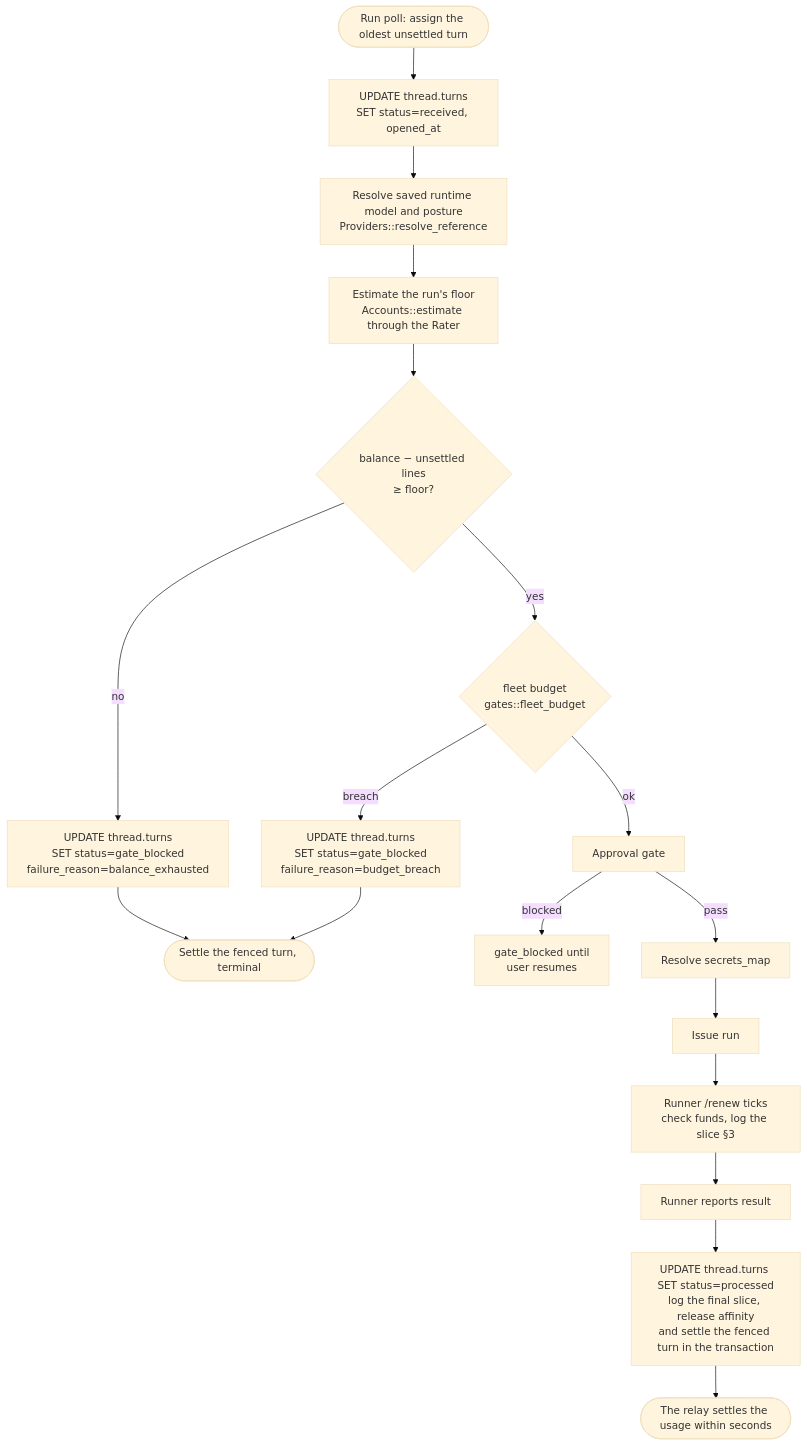
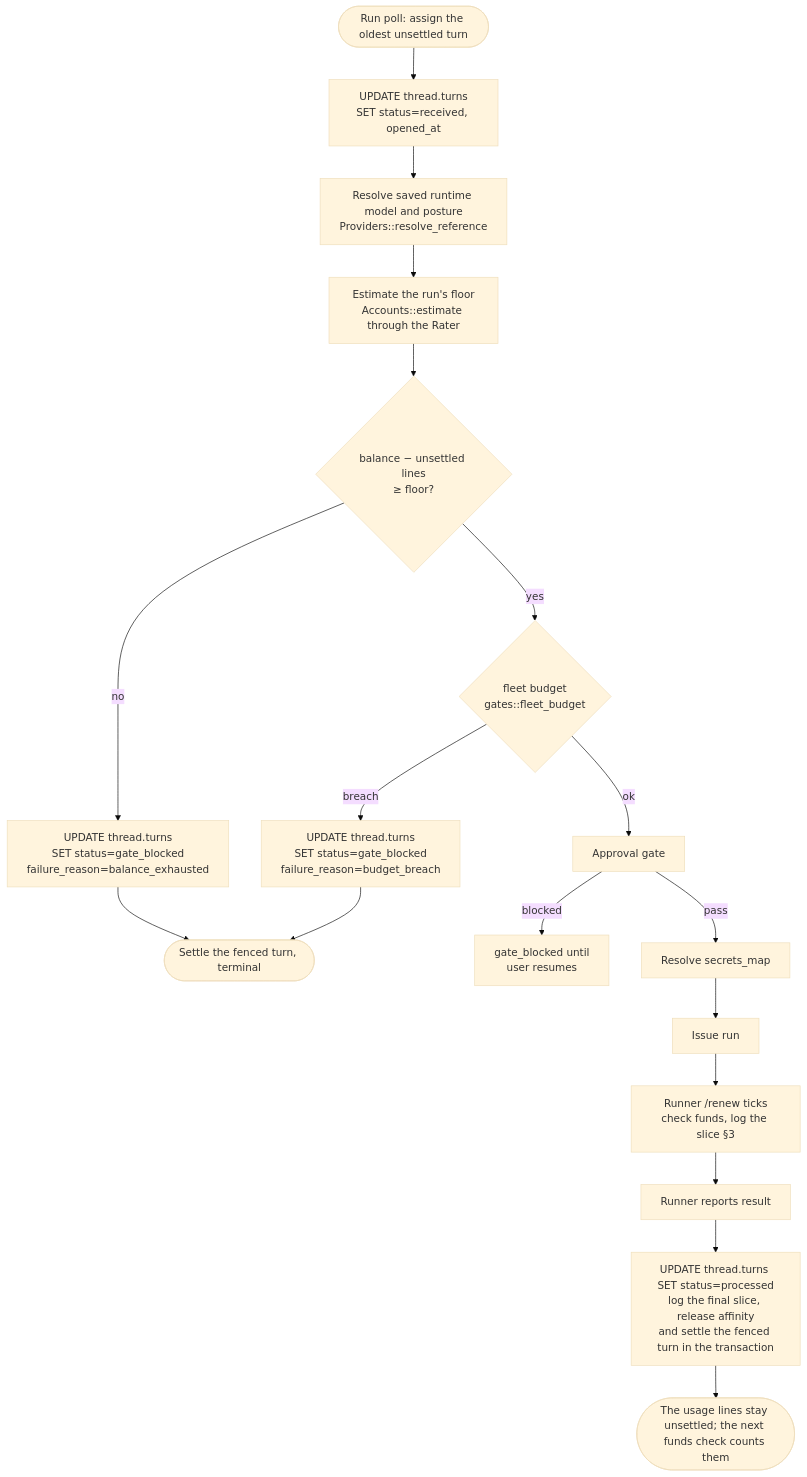
One commit to agentsfleet/agentsfleet changed the diagram in docs/architecture/billing_and_provider_keys.md. Above: the diagram before and after it, drawn with Mermaid (base theme). The commit also changed other lines of this file and 25 other files, not shown here.

First line of the commit message:
docs(architecture): pages describe the code with no timed loops

````diff
--- a/docs/architecture/billing_and_provider_keys.md
+++ b/docs/architecture/billing_and_provider_keys.md
@@ -385,20 +370,20 @@
 ```mermaid
 flowchart TD
     A([Run poll: assign the oldest unsettled turn]) --> B[UPDATE thread.turns<br/>SET status=received, opened_at]
     B --> C[Resolve saved runtime model and posture<br/>Providers::resolve_reference]
     C --> D[Estimate the run's floor<br/>Accounts::estimate through the Rater]
     D --> E{balance − unsettled lines<br/>≥ floor?}
     E -->|no| Block[UPDATE thread.turns<br/>SET status=gate_blocked<br/>failure_reason=balance_exhausted]
     Block --> X1([Settle the fenced turn, terminal])
     E -->|yes| BG{fleet budget<br/>gates::fleet_budget}
     BG -->|breach| BB[UPDATE thread.turns<br/>SET status=gate_blocked<br/>failure_reason=budget_breach]
     BB --> X1
     BG -->|ok| G[Approval gate]
     G -->|blocked| Wait[gate_blocked until<br/>user resumes]
     G -->|pass| H[Resolve secrets_map]
     H --> J[Issue run]
     J --> Renew[Runner /renew ticks<br/>check funds, log the slice §3]
     Renew --> K[Runner reports result]
     K --> L[UPDATE thread.turns SET status=processed<br/>log the final slice, release affinity<br/>and settle the fenced turn in the transaction]
-    L --> X2([The relay settles the usage within seconds])
+    L --> X2([The usage lines stay unsettled; the next funds check counts them])
 ```
````
